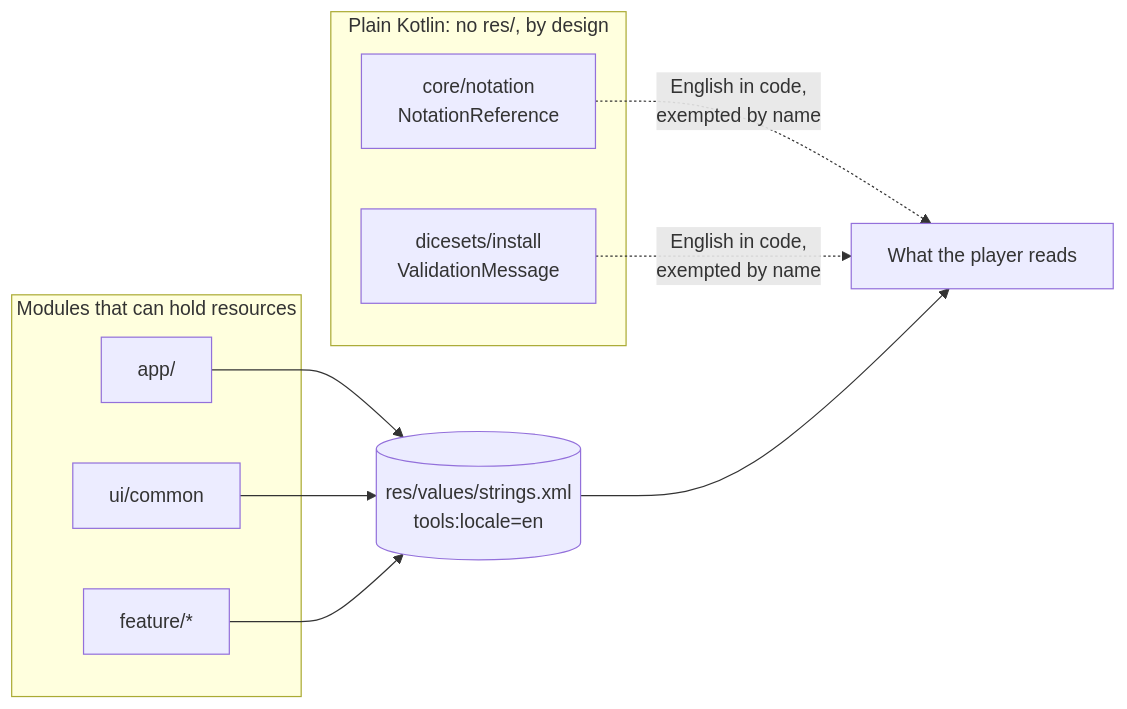
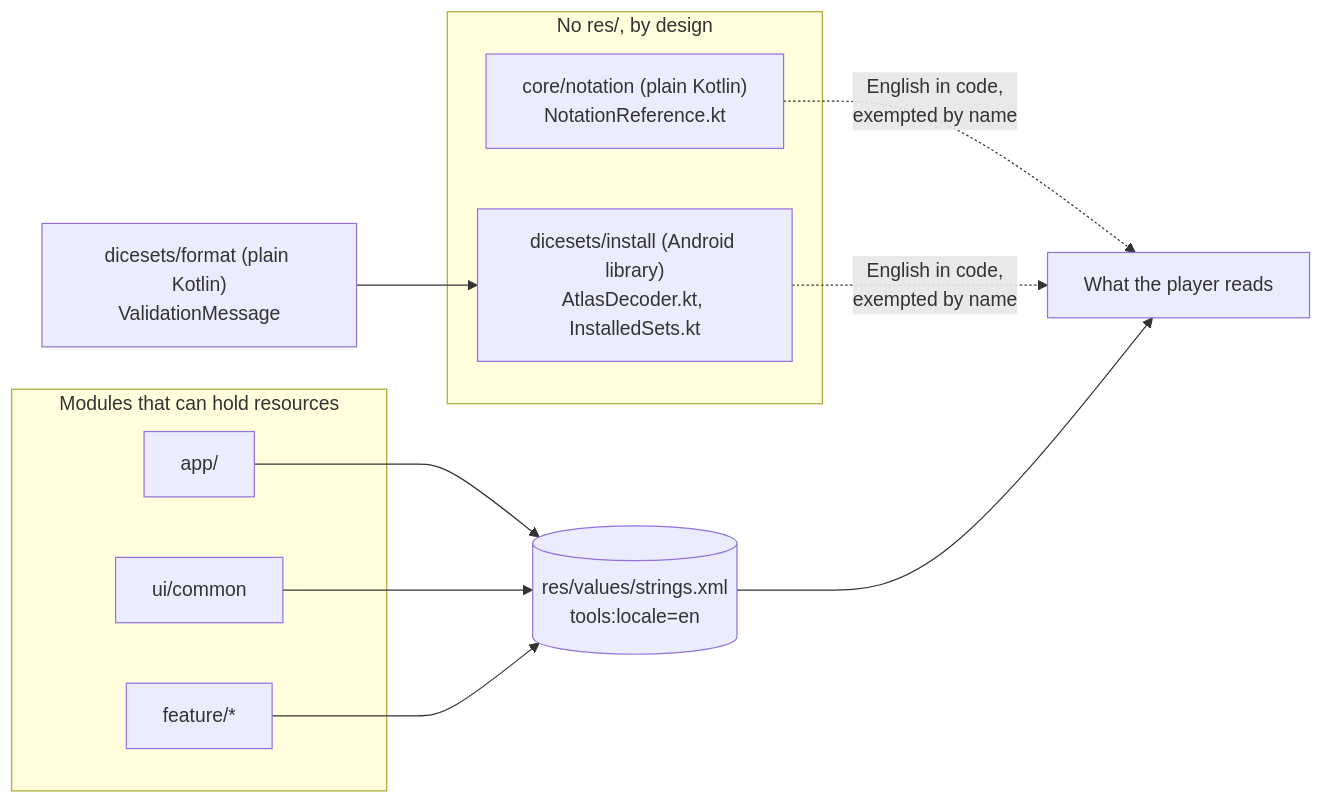
One commit to drehtuer/dInfinityApp changed the seventh of 8 diagrams in docs/architecture.md. Above: the diagram before and after it, drawn with Mermaid. The commit also changed other lines of this file and 23 other files, not shown here.

````diff
--- a/docs/architecture.md
+++ b/docs/architecture.md
@@ -1661,19 +1676,21 @@
 ```mermaid
 flowchart LR
   subgraph resources["Modules that can hold resources"]
     app["app/"]
     ui["ui/common"]
     feature["feature/*"]
   end
-  subgraph plain["Plain Kotlin: no res/, by design"]
-    notation["core/notation<br/>NotationReference"]
-    install["dicesets/install<br/>ValidationMessage"]
+  subgraph plain["No res/, by design"]
+    notation["core/notation (plain Kotlin)<br/>NotationReference.kt"]
+    install["dicesets/install (Android library)<br/>AtlasDecoder.kt, InstalledSets.kt"]
   end
+  format["dicesets/format (plain Kotlin)<br/>ValidationMessage"]
+  format --> install
   strings[("res/values/strings.xml<br/>tools:locale=en")]
   app --> strings
   ui --> strings
   feature --> strings
   notation -. "English in code,<br/>exempted by name" .-> screen
   install -. "English in code,<br/>exempted by name" .-> screen
   strings --> screen["What the player reads"]
 ```
````
